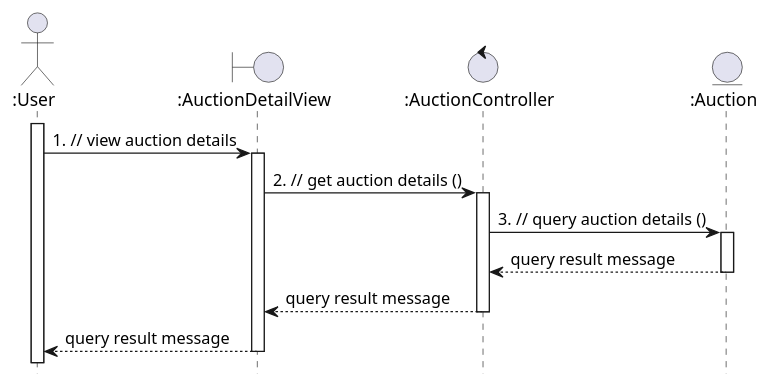
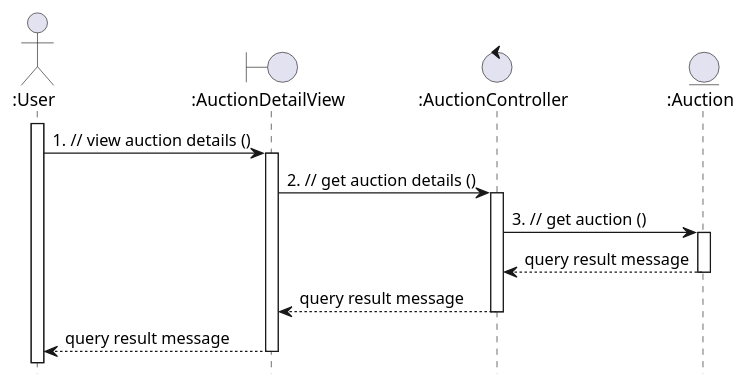
Before and after one commit to anhbanlinhle/velocity-exchange: the diagram in uml/analysis/sequence/view_auction_information.pu, drawn with PlantUML. The commit also changed 5 other files, not shown here.

Commit message:
doc[lynn]: fix analysis sequences

```diff
--- a/uml/analysis/sequence/view_auction_information.pu
+++ b/uml/analysis/sequence/view_auction_information.pu
@@ -1,23 +1,23 @@
 @startuml
 hide footbox
 
 actor ":User" as User
 boundary ":AuctionDetailView" as AuctionView
 control ":AuctionController" as SearchController
 entity ":Auction" as Auction
 
 User ++
-  User -> AuctionView: 1. // view auction details
+  User -> AuctionView: 1. // view auction details ()
   activate AuctionView
     AuctionView -> SearchController: 2. // get auction details ()
     activate SearchController
-      SearchController -> Auction: 3. // query auction details ()
+      SearchController -> Auction: 3. // get auction ()
         activate Auction
           Auction --> SearchController: query result message
         deactivate Auction
       SearchController --> AuctionView: query result message
     deactivate SearchController
     AuctionView --> User: query result message
   deactivate AuctionView
 
 @enduml
```
